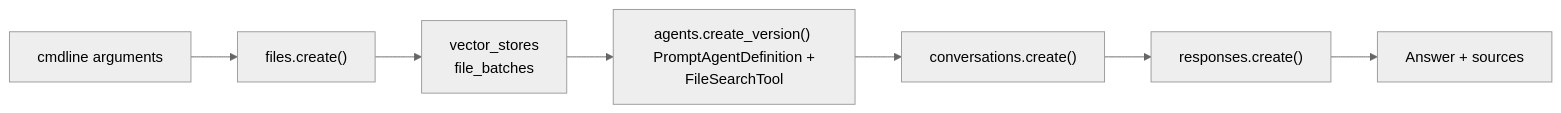
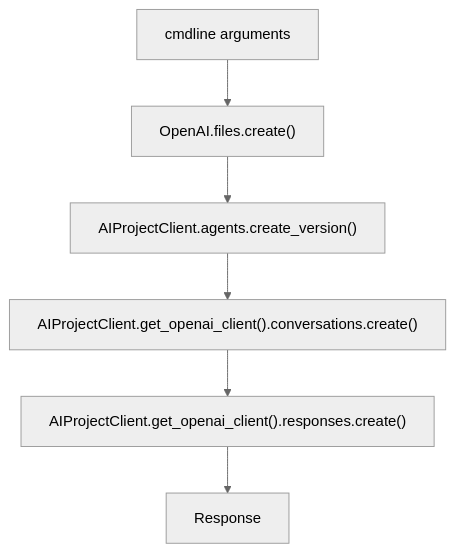
One commit to ivorycloud1013/lab-azure-hol-ai-services changed the sixth of 8 diagrams in python/README.md. Above: the diagram before and after it, drawn with Mermaid. The commit also changed other lines of this file and 8 other files, not shown here.

````diff
--- a/python/README.md
+++ b/python/README.md
@@ -249,7 +237,5 @@
 ```mermaid
 %%{init: {"theme": "neutral"}}%%
-flowchart LR
-    USER["cmdline arguments"] --> UP["files.create()"] --> VS["vector_stores <br/> file_batches"]
-    VS --> AG["agents.create_version() <br/> PromptAgentDefinition + FileSearchTool"]
-    AG --> CONV["conversations.create()"] --> ASK["responses.create()"] --> OUT["Answer + sources"]
+flowchart TD
+    USER["cmdline arguments"] --> UP["OpenAI.files.create()"] --> AG["AIProjectClient.agents.create_version()"] --> CONV["AIProjectClient.get_openai_client().conversations.create()"] --> ASK["AIProjectClient.get_openai_client().responses.create()"] --> OUT["Response"]
 ```
````
